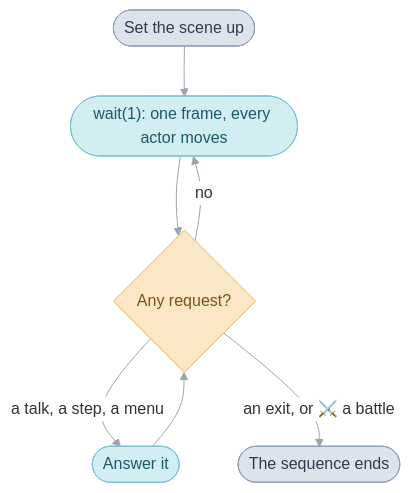
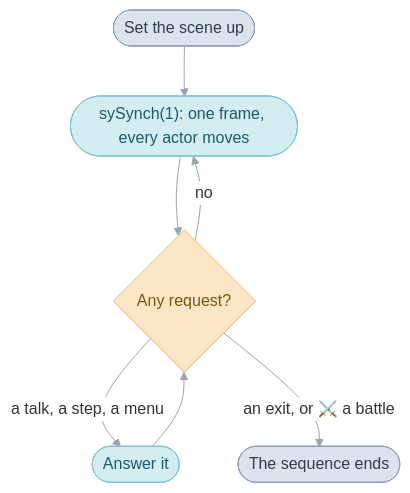
One commit to PascalPixel/alchemy changed the diagram in docs/tbs/field.md. Above: the diagram before and after it, drawn with Mermaid. The commit also changed other lines of this file and 2101 other files, not shown here.

````diff
--- a/docs/tbs/field.md
+++ b/docs/tbs/field.md
@@ -17,16 +17,16 @@
 ```mermaid
 %%{init: {"theme": "base", "themeVariables": {"lineColor": "#9AA3AE", "edgeLabelBackground": "#FFFFFF"}, "flowchart": {"curve": "basis", "padding": 12}}}%%
 flowchart TD
-  setup(["Set the scene up"]) --> walk(["wait(1): one frame, every actor moves"])
+  setup(["Set the scene up"]) --> walk(["sySynch(1): one frame, every actor moves"])
   walk --> requests{"Any request?"}
   requests -- "no" --> walk
   requests -- "a talk, a step, a menu" --> answer(["Answer it"])
   answer --> requests
   requests -- "an exit, or ⚔️ a battle" --> leave(["The sequence ends"])
   classDef mainRoutine fill:#DDE3EC,stroke:#8FA0B8,color:#2E3C50
   classDef sequence fill:#D2EEF3,stroke:#7FC3D0,color:#1E5966
   classDef request fill:#FBE7C6,stroke:#E0B46A,color:#7A5212
   class setup,leave mainRoutine
   class walk,answer sequence
   class requests request
 ```
````
